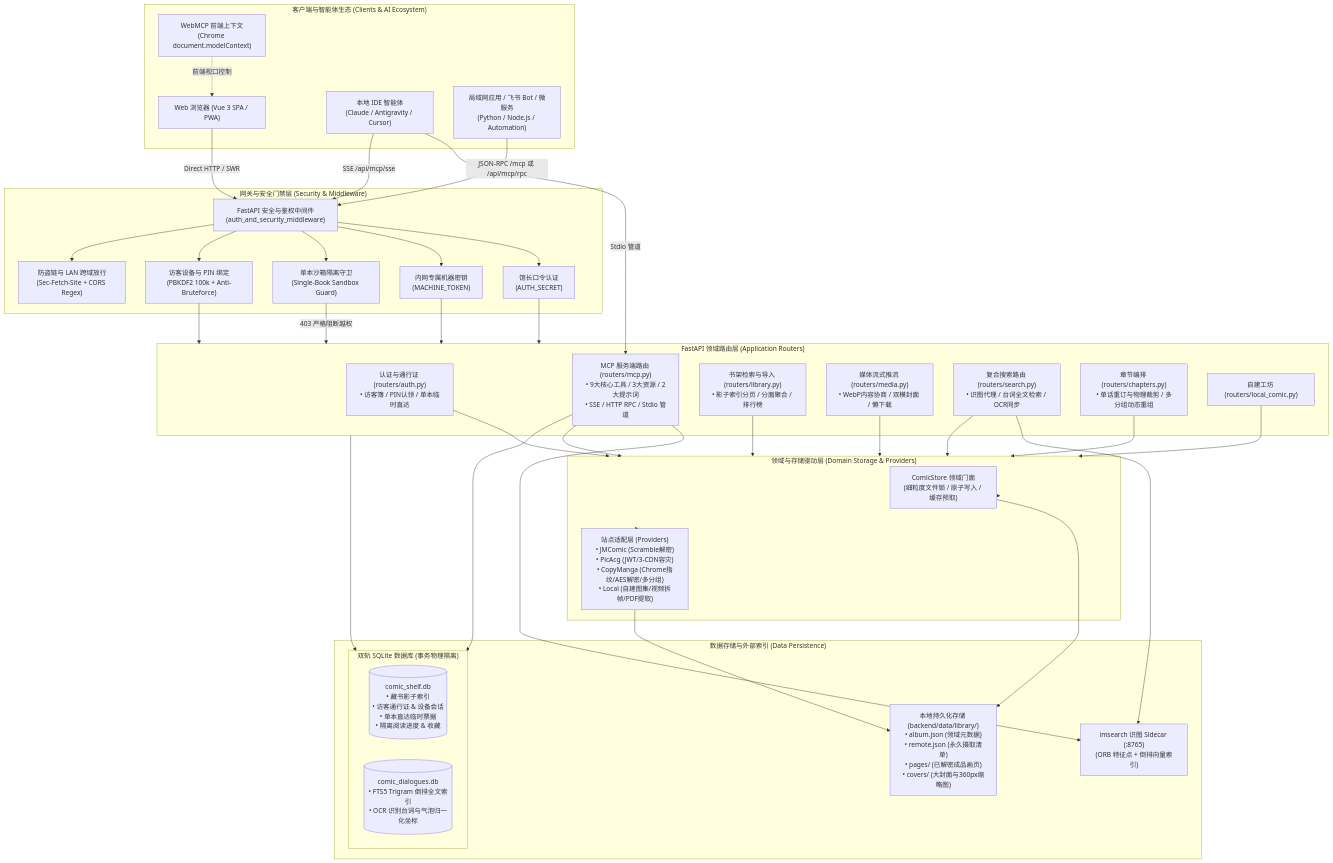
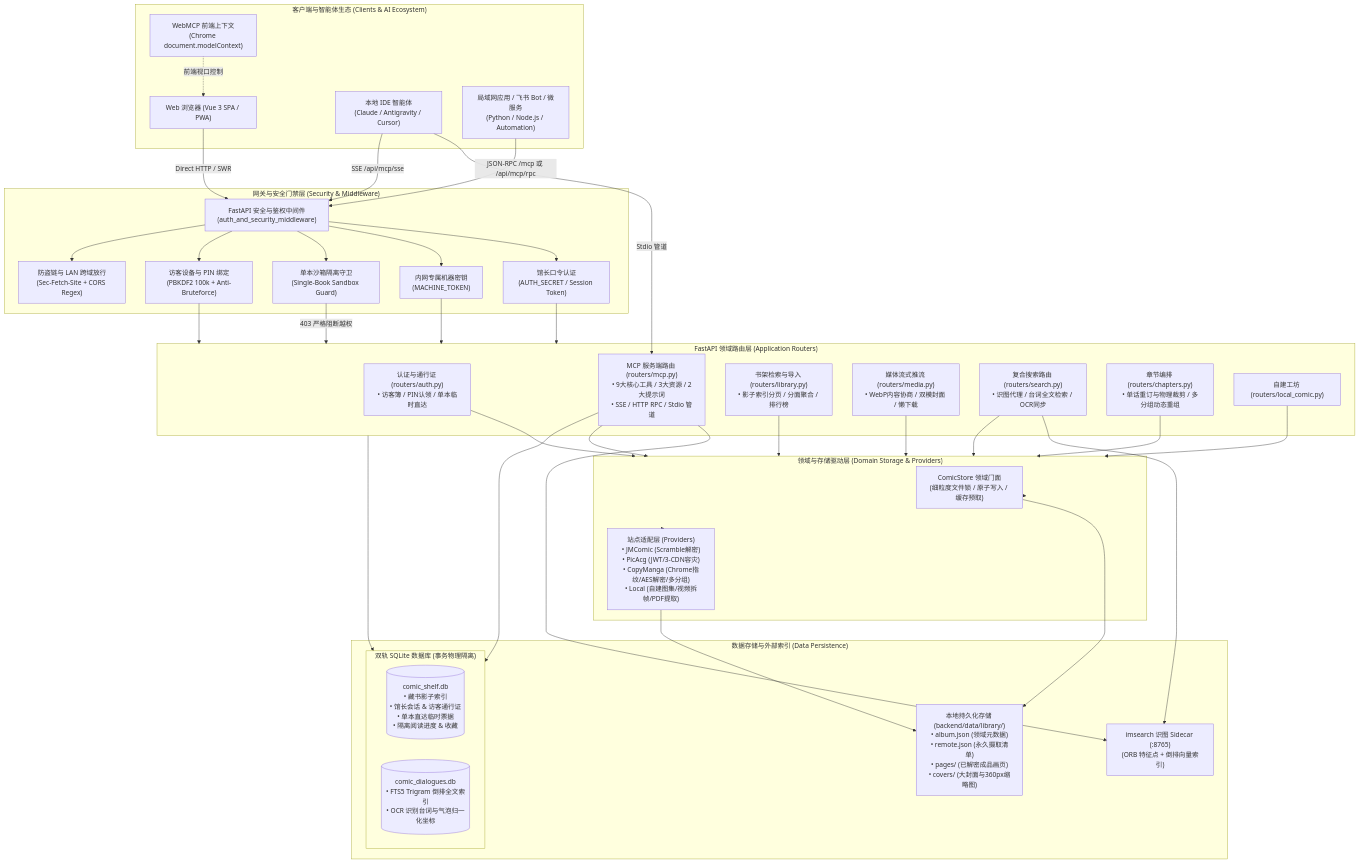
Before and after one commit to lhvision/comic-shelf: the diagram in docs/agents/architecture.md, drawn with Mermaid. The commit also changed 11 other files, not shown here.

````diff
--- a/docs/agents/architecture.md
+++ b/docs/agents/architecture.md
@@ -30,77 +30,77 @@
 ```mermaid
 flowchart TD
     subgraph Clients["客户端与智能体生态 (Clients & AI Ecosystem)"]
         WebUI["Web 浏览器 (Vue 3 SPA / PWA)"]
         WebMCP["WebMCP 前端上下文<br/>(Chrome document.modelContext)"]
         LocalAgent["本地 IDE 智能体<br/>(Claude / Antigravity / Cursor)"]
         LanBots["局域网应用 / 飞书 Bot / 微服务<br/>(Python / Node.js / Automation)"]
     end
 
     subgraph Gateway["网关与安全门禁层 (Security & Middleware)"]
         AuthMiddleware["FastAPI 安全与鉴权中间件<br/>(auth_and_security_middleware)"]
-        CuratorAuth["馆长口令认证<br/>(AUTH_SECRET)"]
+        CuratorAuth["馆长口令认证<br/>(AUTH_SECRET / Session Token)"]
         MachineAuth["内网专属机器密钥<br/>(MACHINE_TOKEN)"]
         SandboxGuard["单本沙箱隔离守卫<br/>(Single-Book Sandbox Guard)"]
         GuestDevice["访客设备与 PIN 绑定<br/>(PBKDF2 100k + Anti-Bruteforce)"]
         Hotlink["防盗链与 LAN 跨域放行<br/>(Sec-Fetch-Site + CORS Regex)"]
     end
 
     subgraph AppLayer["FastAPI 领域路由层 (Application Routers)"]
         MCPServer["MCP 服务端路由 (routers/mcp.py)<br/>• 9大核心工具 / 3大资源 / 2大提示词<br/>• SSE / HTTP RPC / Stdio 管道"]
         AuthRouter["认证与通行证 (routers/auth.py)<br/>• 访客簿 / PIN认领 / 单本临时直达"]
         LibraryRouter["书架检索与导入 (routers/library.py)<br/>• 影子索引分页 / 分面聚合 / 排行榜"]
         MediaRouter["媒体流式推流 (routers/media.py)<br/>• WebP内容协商 / 双模封面 / 懒下载"]
         SearchRouter["复合搜索路由 (routers/search.py)<br/>• 识图代理 / 台词全文检索 / OCR同步"]
         ChaptersRouter["章节编排 (routers/chapters.py)<br/>• 单话重订与物理裁剪 / 多分组动态重组"]
         LocalRouter["自建工坊 (routers/local_comic.py)"]
     end
 
     subgraph Domain["领域与存储驱动层 (Domain Storage & Providers)"]
         ComicStore["ComicStore 领域门面<br/>(细粒度文件锁 / 原子写入 / 缓存预取)"]
         Providers["站点适配层 (Providers)<br/>• JMComic (Scramble解密)<br/>• PicAcg (JWT/3-CDN容灾)<br/>• CopyManga (Chrome指纹/AES解密/多分组)<br/>• Local (自建图集/视频拆帧/PDF提取)"]
     end
 
     subgraph Storage["数据存储与外部索引 (Data Persistence)"]
         subgraph Databases["双轨 SQLite 数据库 (事务物理隔离)"]
-            MainDB[("comic_shelf.db<br/>• 藏书影子索引<br/>• 访客通行证 & 设备会话<br/>• 单本直达临时票据<br/>• 隔离阅读进度 & 收藏")]
+            MainDB[("comic_shelf.db<br/>• 藏书影子索引<br/>• 馆长会话 & 访客通行证<br/>• 单本直达临时票据<br/>• 隔离阅读进度 & 收藏")]
             DiagDB[("comic_dialogues.db<br/>• FTS5 Trigram 倒排全文索引<br/>• OCR 识别台词与气泡归一化坐标")]
         end
         ImsearchSidecar["imsearch 识图 Sidecar (:8765)<br/>(ORB 特征点 + 倒排向量索引)"]
         DataDir["本地持久化存储 (backend/data/library/)<br/>• album.json (领域元数据)<br/>• remote.json (永久摄取清单)<br/>• pages/ (已解密成品画页)<br/>• covers/ (大封面与360px缩略图)"]
     end
 
     WebUI -->|Direct HTTP / SWR| AuthMiddleware
     WebMCP -.->|前端视口控制| WebUI
     LocalAgent -->|Stdio 管道| MCPServer
     LocalAgent -->|SSE /api/mcp/sse| AuthMiddleware
     LanBots -->|JSON-RPC /mcp 或 /api/mcp/rpc| AuthMiddleware
 
     AuthMiddleware --> CuratorAuth
     AuthMiddleware --> MachineAuth
     AuthMiddleware --> SandboxGuard
     AuthMiddleware --> GuestDevice
     AuthMiddleware --> Hotlink
 
     CuratorAuth --> AppLayer
     MachineAuth --> AppLayer
     SandboxGuard -->|403 严格阻断越权| AppLayer
     GuestDevice --> AppLayer
 
     MCPServer --> Domain
     AuthRouter --> Domain
     LibraryRouter --> Domain
     MediaRouter --> Domain
     SearchRouter --> Domain
     ChaptersRouter --> Domain
     LocalRouter --> Domain
 
     Domain --> ComicStore
     Domain --> Providers
     Providers --> DataDir
     ComicStore --> DataDir
 
     AppLayer --> Databases
     SearchRouter --> ImsearchSidecar
     MCPServer --> Databases
     MCPServer --> ImsearchSidecar
 ```
````
